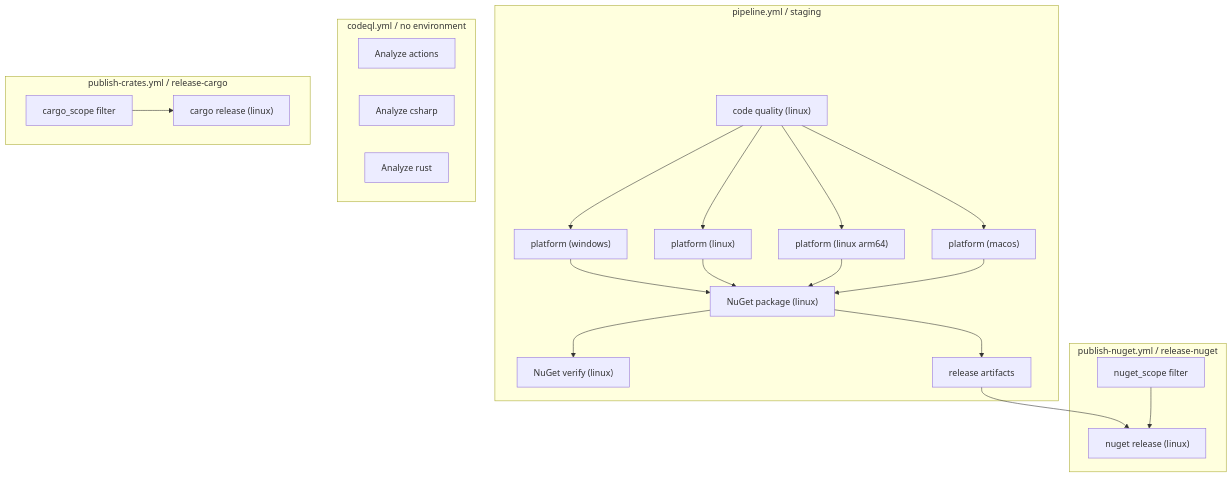
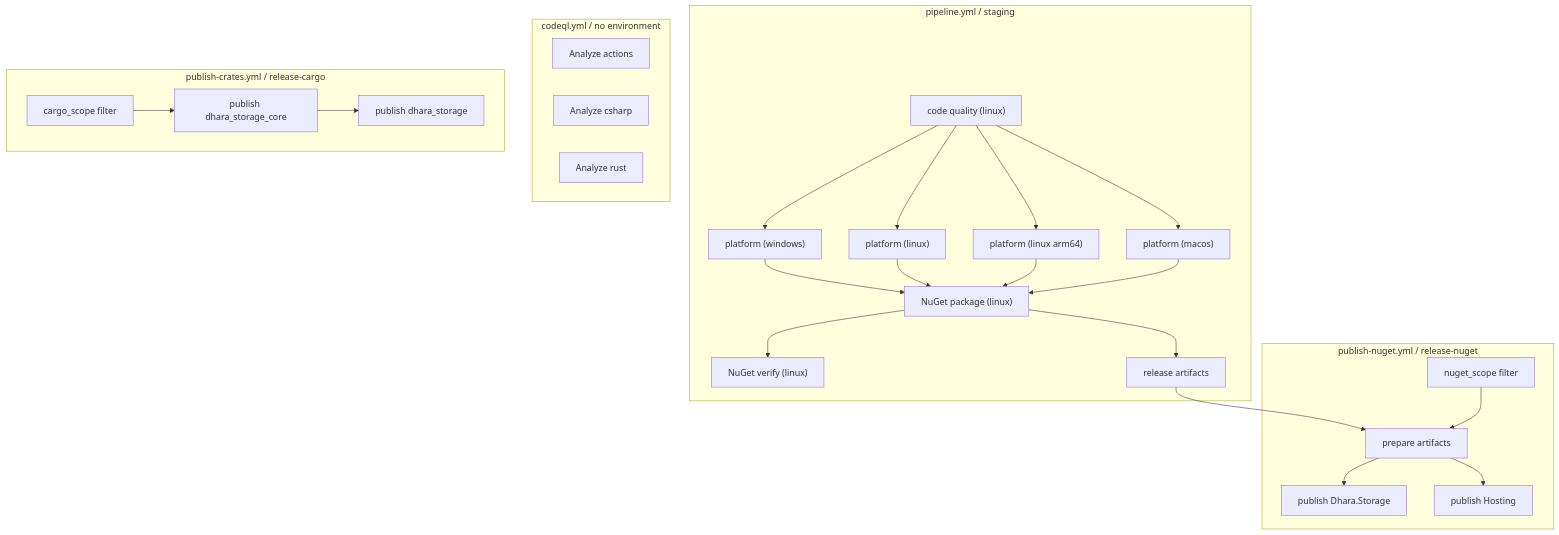
The diagram in docs/ci-cd-pipelines.md (D-Naveenz/dhara_storage), drawn with Mermaid before and after one commit. The commit also changed other lines of this file and 12 other files, not shown here.

````diff
--- a/docs/ci-cd-pipelines.md
+++ b/docs/ci-cd-pipelines.md
@@ -52,35 +52,40 @@
 ```mermaid
 flowchart TB
   subgraph pr ["pipeline.yml / staging"]
     Q["code quality (linux)"]
     PW["platform (windows)"]
     PL["platform (linux)"]
     PLA["platform (linux arm64)"]
     PM["platform (macos)"]
     PACK["NuGet package (linux)"]
     VER["NuGet verify (linux)"]
     Q --> PW & PL & PLA & PM
     PW & PL & PLA & PM --> PACK
     PACK --> VER
     PACK --> ART[release artifacts]
   end
 
   subgraph sast ["codeql.yml / no environment"]
     CA["Analyze actions"]
     CC["Analyze csharp"]
     CRU["Analyze rust"]
   end
 
   subgraph cd_cargo ["publish-crates.yml / release-cargo"]
     FC[cargo_scope filter]
-    CR["cargo release (linux)"]
-    FC --> CR
+    CCORE["publish dhara_storage_core"]
+    CRUN["publish dhara_storage"]
+    FC --> CCORE --> CRUN
   end
 
   subgraph cd_nuget ["publish-nuget.yml / release-nuget"]
     FN[nuget_scope filter]
-    NU["nuget release (linux)"]
-    ART --> NU
-    FN --> NU
+    PREP[prepare artifacts]
+    NS["publish Dhara.Storage"]
+    NH["publish Hosting"]
+    ART --> PREP
+    FN --> PREP
+    PREP --> NS
+    PREP --> NH
   end
 ```
````
